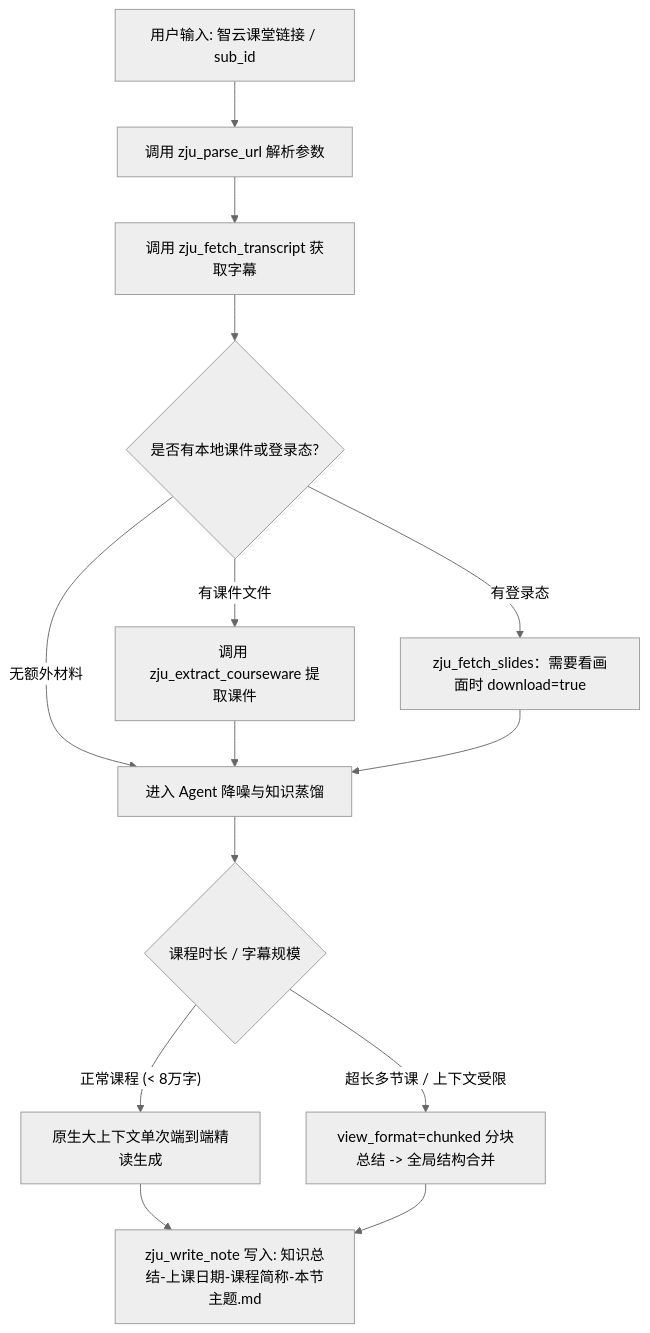
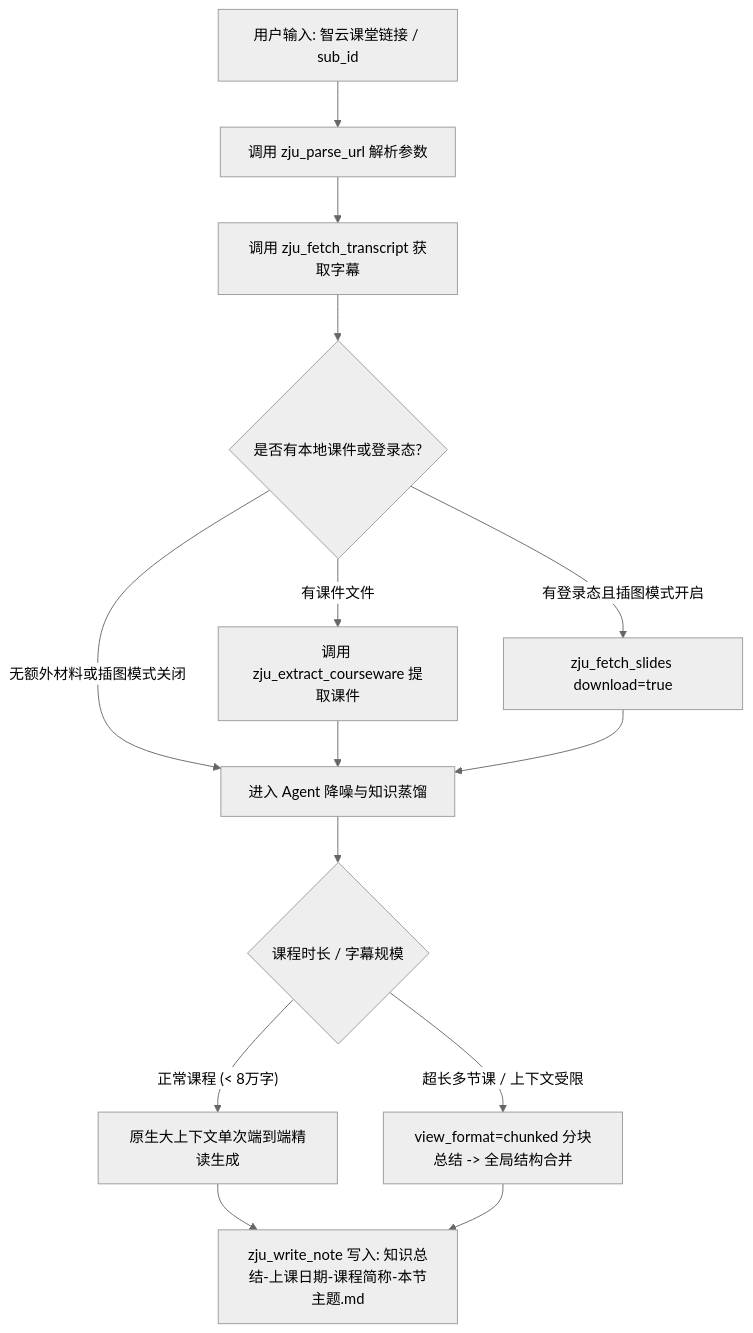
The diagram in skills/zju-lecture-summarizer/SKILL.md (chenqianyu486-sys/dsh-zju-lecture-note), drawn with Mermaid (neutral theme) before and after one commit. The commit also changed other lines of this file and 17 other files, not shown here.

First line of the commit message:
feat(notes): 可开关的投影截图入讲义 + 完善致谢 (v1.5.0)

````diff
--- a/skills/zju-lecture-summarizer/SKILL.md
+++ b/skills/zju-lecture-summarizer/SKILL.md
@@ -33,16 +33,16 @@
 ```mermaid
 flowchart TD
     A[用户输入: 智云课堂链接 / sub_id] --> B[调用 zju_parse_url 解析参数]
     B --> C[调用 zju_fetch_transcript 获取字幕]
     C --> D{是否有本地课件或登录态?}
     D -- 有课件文件 --> E1[调用 zju_extract_courseware 提取课件]
-    D -- 有登录态 --> E2[zju_fetch_slides：需要看画面时 download=true]
-    D -- 无额外材料 --> F[进入 Agent 降噪与知识蒸馏]
+    D -- 有登录态且插图模式开启 --> E2[zju_fetch_slides download=true]
+    D -- 无额外材料或插图模式关闭 --> F[进入 Agent 降噪与知识蒸馏]
     E1 --> F
     E2 --> F
     F --> G{课程时长 / 字幕规模}
     G -- 正常课程 (< 8万字) --> H1[原生大上下文单次端到端精读生成]
     G -- 超长多节课 / 上下文受限 --> H2[view_format=chunked 分块总结 -> 全局结构合并]
     H1 --> I[zju_write_note 写入: 知识总结-上课日期-课程简称-本节主题.md]
     H2 --> I
 ```
````
